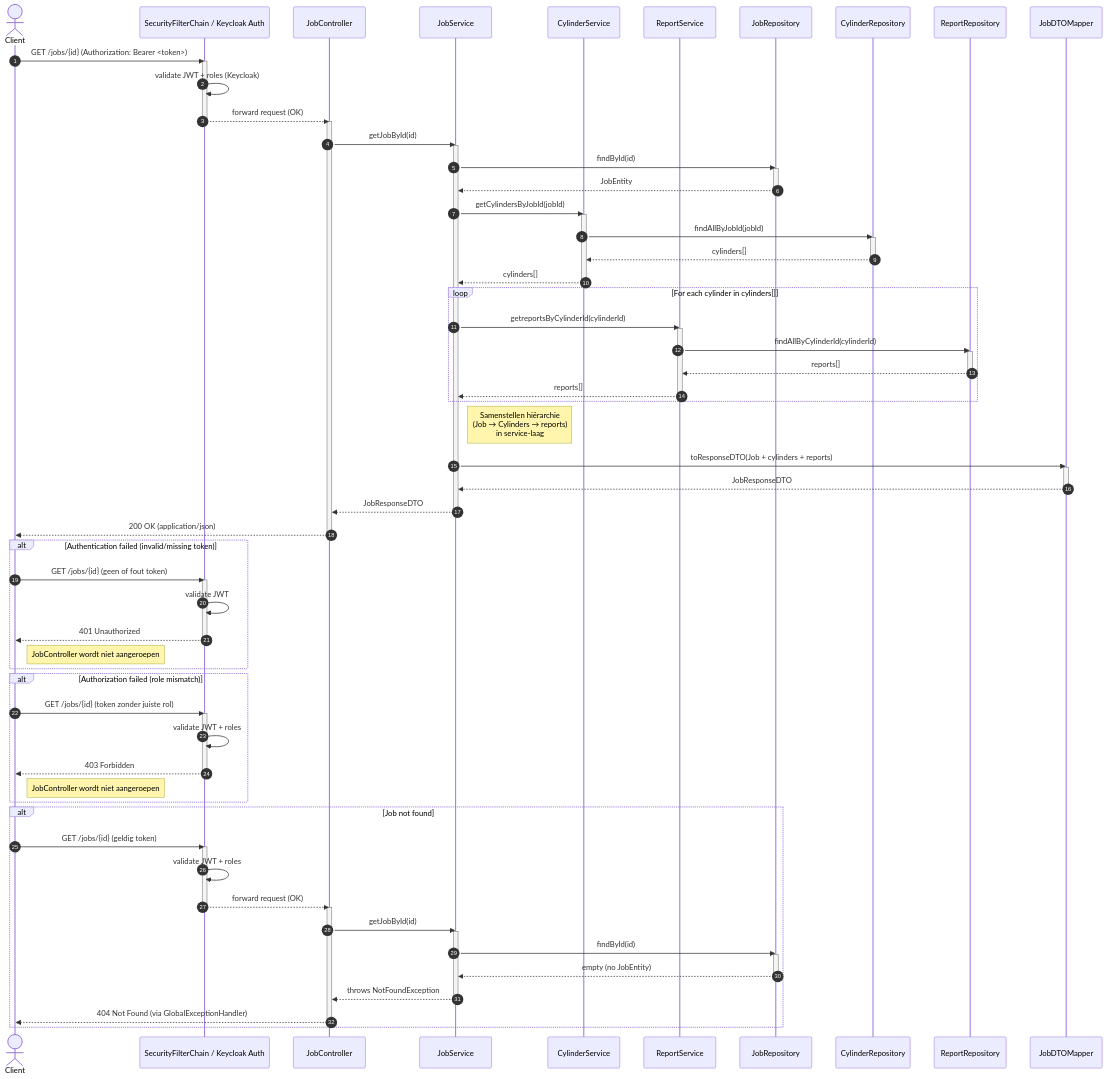
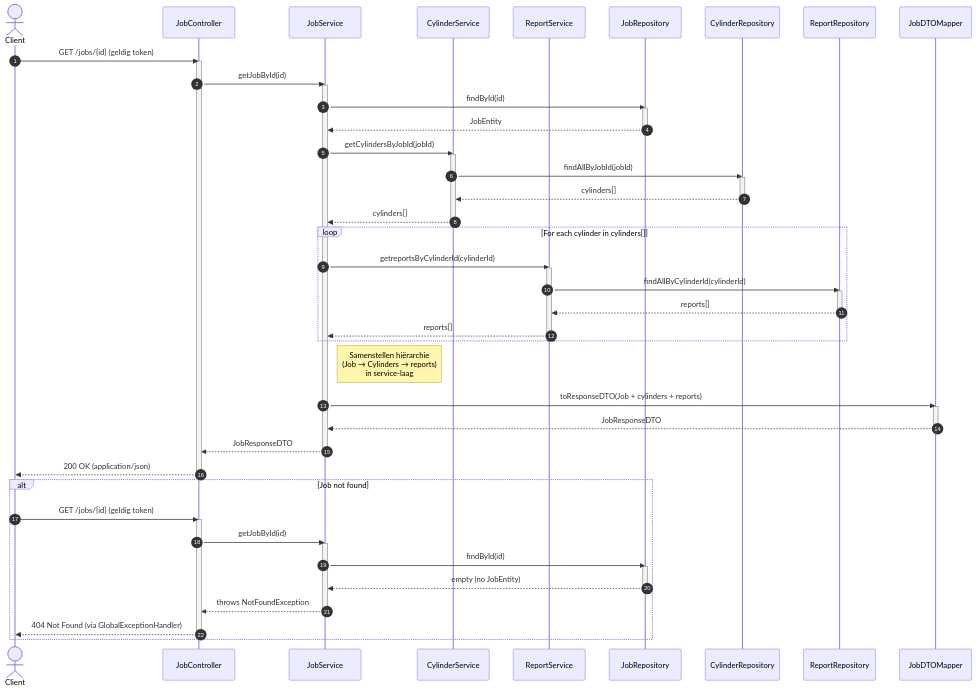
Before and after one commit to Th3Bl0ndG0d/WBJE_Backend: the diagram in src/main/java/nl/avflexologic/wbje/classDiagram/sequenceDiagram_GetJob.MMD, drawn with Mermaid. The commit also changed 11 other files, not shown here.

Commit message:
Swagger logout fixed. Eneabled SecurityController for testing purposes. All seem to work now.

```diff
--- a/src/main/java/nl/avflexologic/wbje/classDiagram/sequenceDiagram_GetJob.MMD
+++ b/src/main/java/nl/avflexologic/wbje/classDiagram/sequenceDiagram_GetJob.MMD
@@ -1,120 +1,79 @@
 sequenceDiagram
     autonumber
 
     actor Client
-    participant Security as SecurityFilterChain / Keycloak Auth
     participant JobController
     participant JobService
     participant CylinderService
     participant ReportService
     participant JobRepository
     participant CylinderRepository
     participant ReportRepository
     participant JobDTOMapper
 
 %% =================================================
 %% 1) Happy flow
 %% =================================================
-    Client->>Security: GET /jobs/{id} (Authorization: Bearer <token>)
-    activate Security
-
-    Security->>Security: validate JWT + roles (Keycloak)
-    Security-->>JobController: forward request (OK)
-    deactivate Security
-
+    Client->>JobController: GET /jobs/{id} (geldig token)
     activate JobController
     JobController->>JobService: getJobById(id)
     activate JobService
 
     JobService->>JobRepository: findById(id)
     activate JobRepository
     JobRepository-->>JobService: JobEntity
     deactivate JobRepository
 
     JobService->>CylinderService: getCylindersByJobId(jobId)
     activate CylinderService
     CylinderService->>CylinderRepository: findAllByJobId(jobId)
     activate CylinderRepository
     CylinderRepository-->>CylinderService: cylinders[]
     deactivate CylinderRepository
     CylinderService-->>JobService: cylinders[]
     deactivate CylinderService
 
     loop For each cylinder in cylinders[]
         JobService->>ReportService: getreportsByCylinderId(cylinderId)
         activate ReportService
         ReportService->>ReportRepository: findAllByCylinderId(cylinderId)
         activate ReportRepository
         ReportRepository-->>ReportService: reports[]
         deactivate ReportRepository
         ReportService-->>JobService: reports[]
         deactivate ReportService
     end
 
     Note right of JobService: Samenstellen hiërarchie<br/>(Job → Cylinders → reports)<br/>in service-laag
 
     JobService->>JobDTOMapper: toResponseDTO(Job + cylinders + reports)
     activate JobDTOMapper
     JobDTOMapper-->>JobService: JobResponseDTO
     deactivate JobDTOMapper
 
     JobService-->>JobController: JobResponseDTO
     deactivate JobService
 
     JobController-->>Client: 200 OK (application/json)
     deactivate JobController
 
 %% =================================================
-%% 2) Alternative flow: Authentication failed (401)
-%% =================================================
-    alt Authentication failed (invalid/missing token)
-        Client->>Security: GET /jobs/{id} (geen of fout token)
-        activate Security
-
-        Security->>Security: validate JWT
-        Security-->>Client: 401 Unauthorized
-        deactivate Security
-
-        Note right of Client: JobController wordt niet aangeroepen
-    end
-
-%% =================================================
-%% 3) Alternative flow: Authorization failed (403)
-%% =================================================
-    alt Authorization failed (role mismatch)
-        Client->>Security: GET /jobs/{id} (token zonder juiste rol)
-        activate Security
-
-        Security->>Security: validate JWT + roles
-        Security-->>Client: 403 Forbidden
-        deactivate Security
-
-        Note right of Client: JobController wordt niet aangeroepen
-    end
-
-%% =================================================
-%% 4) Alternative flow: Job not found (404)
+%% 2) Alternative flow: Job not found (404)
 %% =================================================
     alt Job not found
-        Client->>Security: GET /jobs/{id} (geldig token)
-        activate Security
-
-        Security->>Security: validate JWT + roles
-        Security-->>JobController: forward request (OK)
-        deactivate Security
-
+        Client->>JobController: GET /jobs/{id} (geldig token)
         activate JobController
         JobController->>JobService: getJobById(id)
         activate JobService
 
         JobService->>JobRepository: findById(id)
         activate JobRepository
         JobRepository-->>JobService: empty (no JobEntity)
         deactivate JobRepository
 
         JobService-->>JobController: throws NotFoundException
         deactivate JobService
 
         JobController-->>Client: 404 Not Found (via GlobalExceptionHandler)
         deactivate JobController
     end
```
